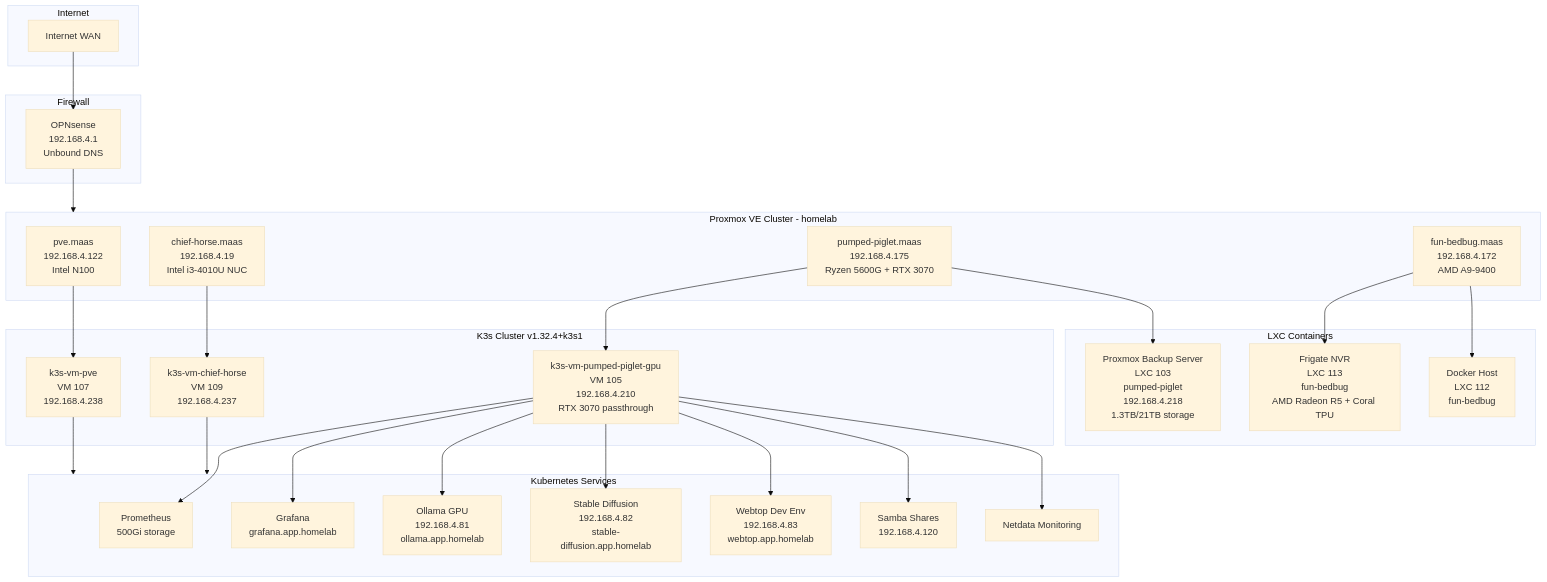
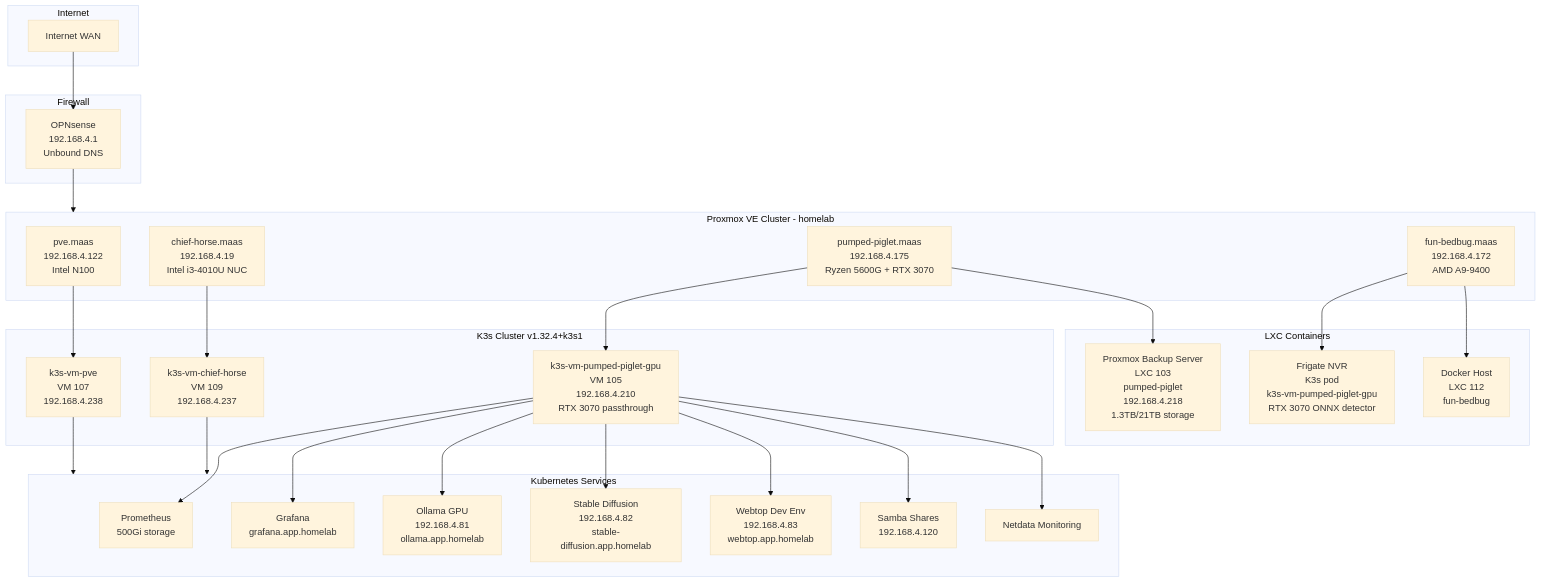
Before and after one commit to homeiac/home: the diagram in docs/reference/homelab-service-inventory.md, drawn with Mermaid (base theme). The commit also changed other lines of this file and 7 other files, not shown here.

First line of the commit message:
docs: deprecate LXC 113 references after Frigate K3s migration

````diff
--- a/docs/reference/homelab-service-inventory.md
+++ b/docs/reference/homelab-service-inventory.md
@@ -33,59 +33,59 @@
 ```mermaid
 graph TB
     subgraph Internet
         WAN[Internet WAN]
     end
 
     subgraph Firewall
         OPN[OPNsense<br>192.168.4.1<br>Unbound DNS]
     end
 
     subgraph Proxmox_Cluster[Proxmox VE Cluster - homelab]
         PVE[pve.maas<br>192.168.4.122<br>Intel N100]
         CH[chief-horse.maas<br>192.168.4.19<br>Intel i3-4010U NUC]
         PP[pumped-piglet.maas<br>192.168.4.175<br>Ryzen 5600G + RTX 3070]
         FB[fun-bedbug.maas<br>192.168.4.172<br>AMD A9-9400]
     end
 
     subgraph K3s_Cluster[K3s Cluster v1.32.4+k3s1]
         K3S_PVE[k3s-vm-pve<br>VM 107<br>192.168.4.238]
         K3S_CH[k3s-vm-chief-horse<br>VM 109<br>192.168.4.237]
         K3S_PP[k3s-vm-pumped-piglet-gpu<br>VM 105<br>192.168.4.210<br>RTX 3070 passthrough]
     end
 
     subgraph LXC_Containers[LXC Containers]
         PBS[Proxmox Backup Server<br>LXC 103<br>pumped-piglet<br>192.168.4.218<br>1.3TB/21TB storage]
-        FRIG[Frigate NVR<br>LXC 113<br>fun-bedbug<br>AMD Radeon R5 + Coral TPU]
+        FRIG[Frigate NVR<br>K3s pod<br>k3s-vm-pumped-piglet-gpu<br>RTX 3070 ONNX detector]
         DOCK[Docker Host<br>LXC 112<br>fun-bedbug]
     end
 
     subgraph K8s_Services[Kubernetes Services]
         PROM[Prometheus<br>500Gi storage]
         GRAF[Grafana<br>grafana.app.homelab]
         OLL[Ollama GPU<br>192.168.4.81<br>ollama.app.homelab]
         SD[Stable Diffusion<br>192.168.4.82<br>stable-diffusion.app.homelab]
         WEB[Webtop Dev Env<br>192.168.4.83<br>webtop.app.homelab]
         SAMBA[Samba Shares<br>192.168.4.120]
         NET[Netdata Monitoring]
     end
 
     WAN --> OPN
     OPN --> Proxmox_Cluster
 
     PVE --> K3S_PVE
     CH --> K3S_CH
     PP --> K3S_PP
     PP --> PBS
     FB --> FRIG
     FB --> DOCK
 
     K3S_PVE --> K8s_Services
     K3S_CH --> K8s_Services
     K3S_PP --> PROM
     K3S_PP --> GRAF
     K3S_PP --> OLL
     K3S_PP --> SD
     K3S_PP --> WEB
     K3S_PP --> SAMBA
     K3S_PP --> NET
 ```
````
